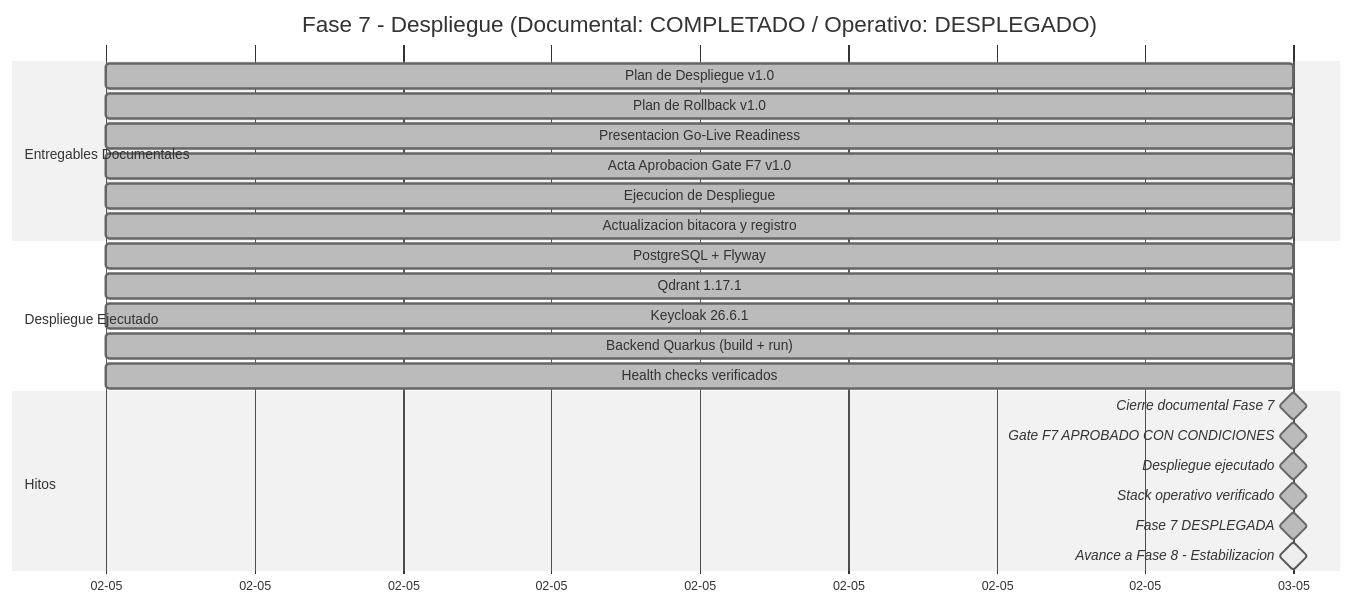
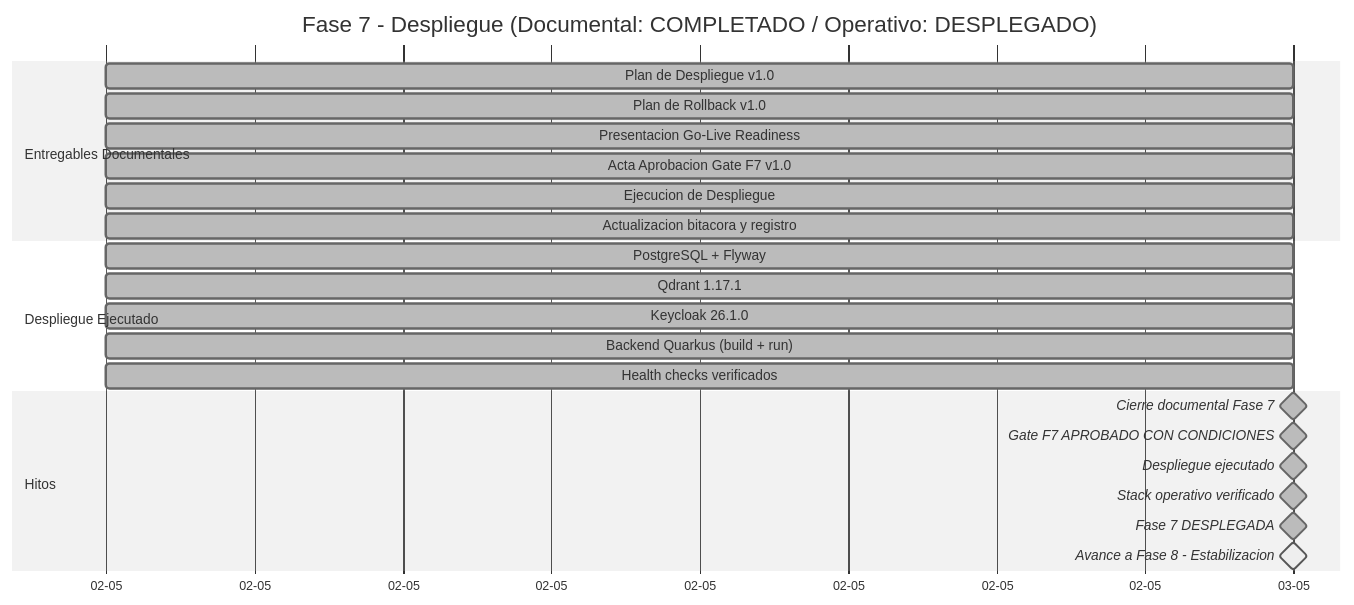
The second of 3 diagrams in docs/bitacora.md (breisnerlopez/abax-memory), drawn with Mermaid (neutral theme) before and after one commit. The commit also changed other lines of this file and 3 other files, not shown here.

````diff
--- a/docs/bitacora.md
+++ b/docs/bitacora.md
@@ -492,29 +492,29 @@
 ```mermaid
 gantt
     title Fase 7 - Despliegue (Documental: COMPLETADO / Operativo: DESPLEGADO)
     dateFormat  YYYY-MM-DD
     axisFormat  %d-%m
 
     section Entregables Documentales
     Plan de Despliegue v1.0                :done, d1, 2026-05-02, 1d
     Plan de Rollback v1.0                  :done, d2, 2026-05-02, 1d
     Presentacion Go-Live Readiness         :done, d3, 2026-05-02, 1d
     Acta Aprobacion Gate F7 v1.0           :done, d4a, 2026-05-02, 1d
     Ejecucion de Despliegue                :done, d5, 2026-05-02, 1d
     Actualizacion bitacora y registro      :done, d4, 2026-05-02, 1d
 
     section Despliegue Ejecutado
     PostgreSQL + Flyway                    :done, e1, 2026-05-02, 1d
     Qdrant 1.17.1                          :done, e2, 2026-05-02, 1d
-    Keycloak 26.6.1                        :done, e3, 2026-05-02, 1d
+    Keycloak 26.1.0                        :done, e3, 2026-05-02, 1d
     Backend Quarkus (build + run)          :done, e4, 2026-05-02, 1d
     Health checks verificados              :done, e5, 2026-05-02, 1d
 
     section Hitos
     Cierre documental Fase 7               :done, milestone, m1, after d4, 0d
     Gate F7 APROBADO CON CONDICIONES       :done, milestone, m0, after d4a, 0d
     Despliegue ejecutado                   :done, milestone, m2, after e5, 0d
     Stack operativo verificado             :done, milestone, m3, after m2, 0d
     Fase 7 DESPLEGADA                      :done, milestone, m4, after m3, 0d
     Avance a Fase 8 - Estabilizacion       :active, milestone, m5, after m4, 0d
 ```
````
